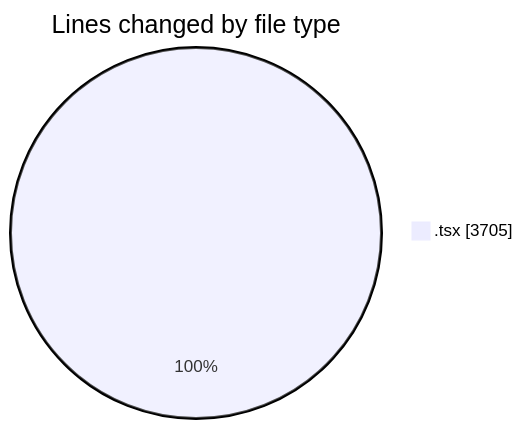
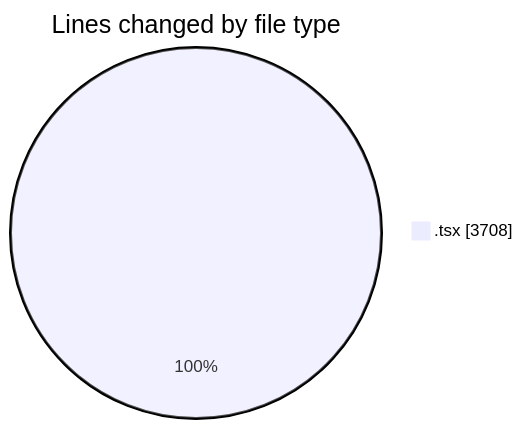
The first of 2 diagrams in 2026-05-28/nxtqube_webapp/README.md (nxtqubesakshisongat/code-tracking), drawn with Mermaid before and after one commit. The commit also changed other lines of this file and 1 other file, not shown here.

````diff
--- a/2026-05-28/nxtqube_webapp/README.md
+++ b/2026-05-28/nxtqube_webapp/README.md
@@ -23,5 +23,5 @@
 ```mermaid
 pie showData
 title Lines changed by file type
-".tsx" : 3705
+".tsx" : 3708
 ```
````
